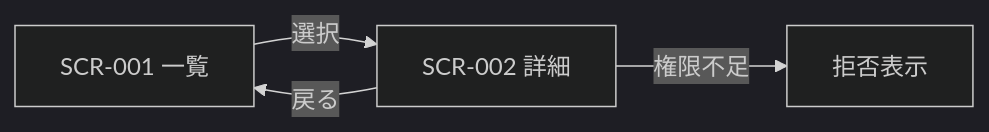
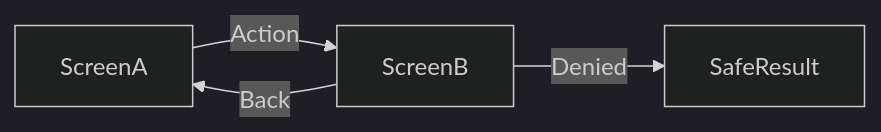
One commit to techbeansjp-free/AGENTS.md changed the diagram in .agent-skill-chain/templates/specs/05_画面/01_画面遷移.md. Above: the diagram before and after it, drawn with Mermaid (dark theme). The commit also changed 88 other files, not shown here.

````diff
--- a/.agent-skill-chain/templates/specs/05_画面/01_画面遷移.md
+++ b/.agent-skill-chain/templates/specs/05_画面/01_画面遷移.md
@@ -3,6 +3,6 @@
 ```mermaid
 flowchart LR
-  s001[SCR-001 一覧] -->|選択| s002[SCR-002 詳細]
-  s002 -->|戻る| s001
-  s002 -->|権限不足| denied[拒否表示]
+  ScreenA -->|Action| ScreenB
+  ScreenB -->|Back| ScreenA
+  ScreenB -->|Denied| SafeResult
 ```
````
